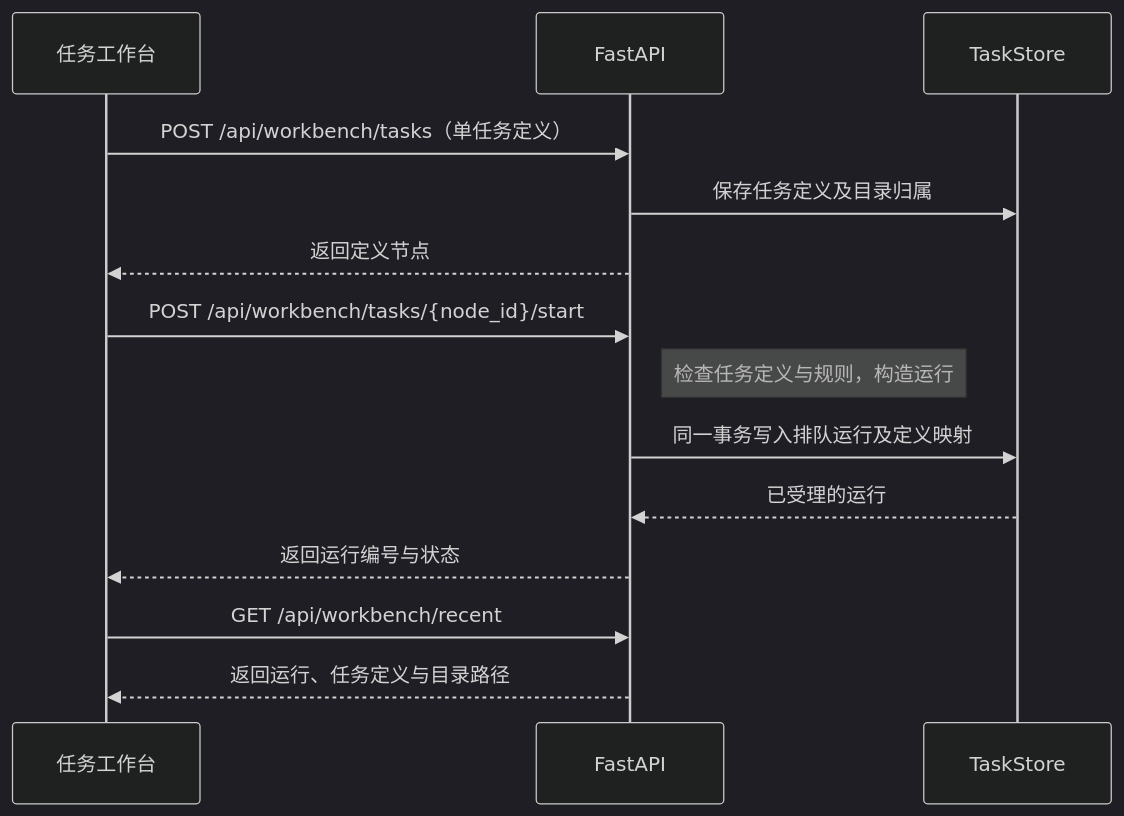
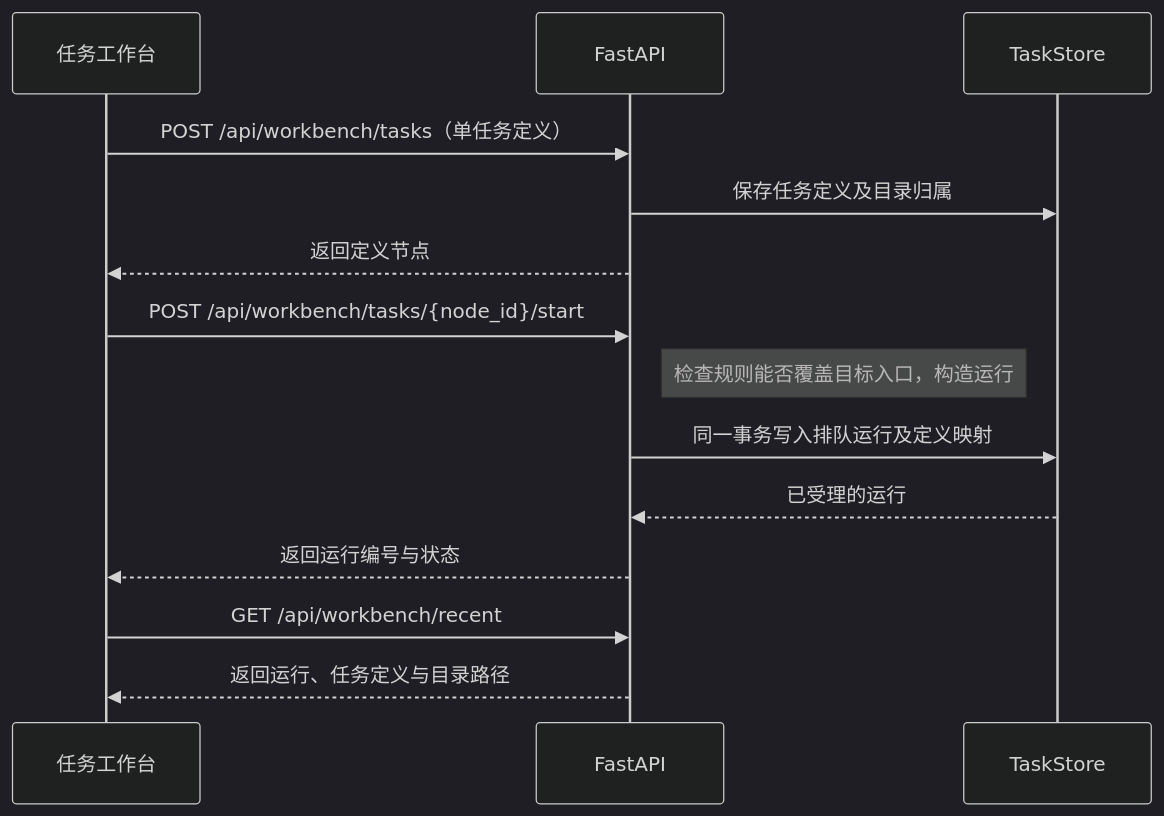
Before and after one commit to xuchaoxin1375/ai-ecom-crawler: the second of 4 diagrams in docs/49-任务树与最近任务工作台设计.md, drawn with Mermaid (dark theme). The commit also changed other lines of this file and 17 other files, not shown here.

````diff
--- a/docs/49-任务树与最近任务工作台设计.md
+++ b/docs/49-任务树与最近任务工作台设计.md
@@ -86,16 +86,16 @@
 ```mermaid
 sequenceDiagram
     participant UI as 任务工作台
     participant API as FastAPI
     participant S as TaskStore
     UI->>API: POST /api/workbench/tasks（单任务定义）
     API->>S: 保存任务定义及目录归属
     API-->>UI: 返回定义节点
     UI->>API: POST /api/workbench/tasks/{node_id}/start
-    Note right of API: 检查任务定义与规则，构造运行
+    Note right of API: 检查规则能否覆盖目标入口，构造运行
     API->>S: 同一事务写入排队运行及定义映射
     S-->>API: 已受理的运行
     API-->>UI: 返回运行编号与状态
     UI->>API: GET /api/workbench/recent
     API-->>UI: 返回运行、任务定义与目录路径
 ```
````
